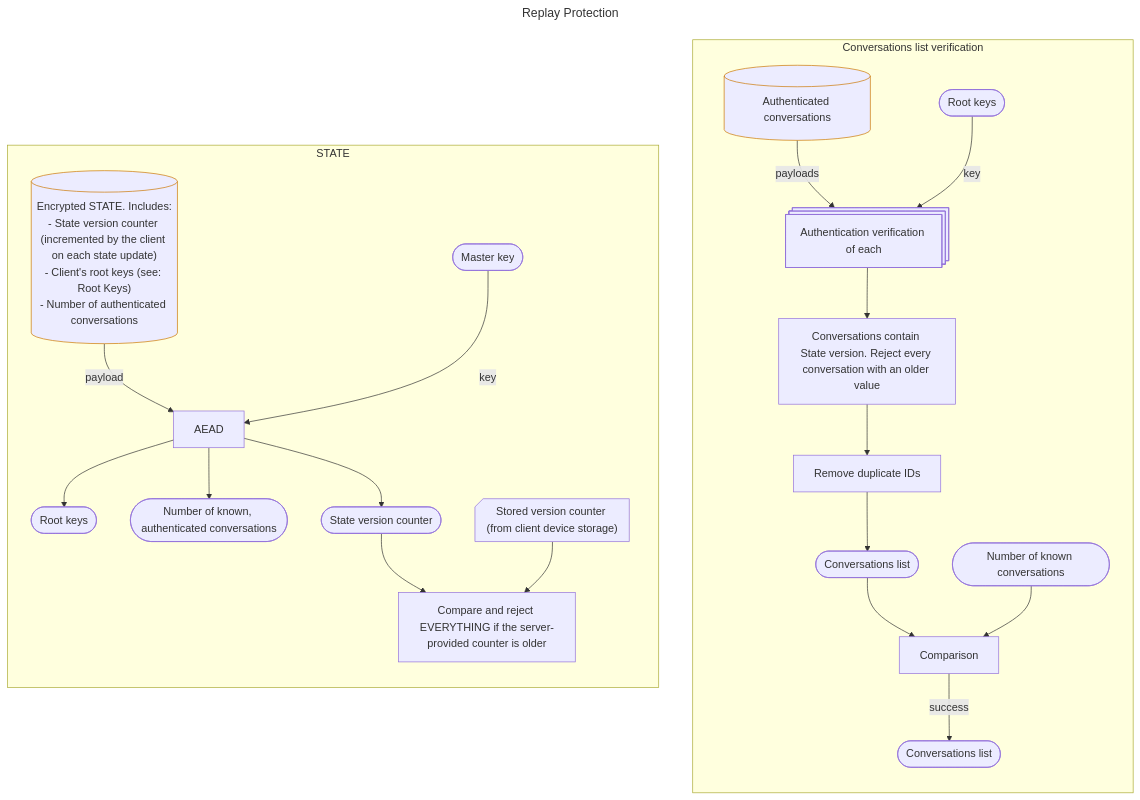
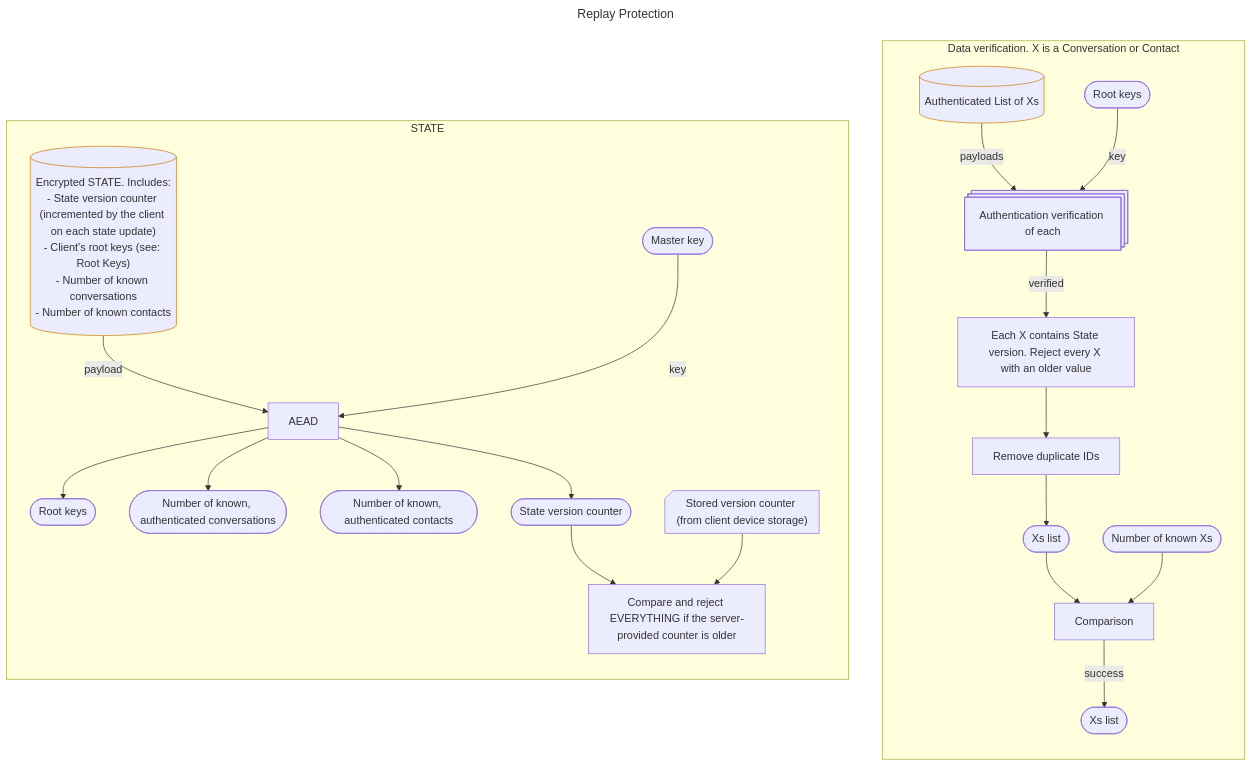
The diagram in crypto-protocol/replay-protection.mmd (noIdeaForTheUsername/chat), drawn with Mermaid before and after one commit. The commit also changed 3 other files, not shown here.

Commit message:
added "Contacts and discovery" crypto diagram

```diff
--- a/crypto-protocol/replay-protection.mmd
+++ b/crypto-protocol/replay-protection.mmd
@@ -1,52 +1,54 @@
 ---
 title: Replay Protection
 ---
 %% This refers to the server's ability to serve the client with an old state. The message replays are avoided by message numbers and not described here.
 flowchart TB
   classDef serverStored stroke:#C70
 
-  subgraph "Conversations list verification"
+  subgraph "Data verification. X is a Conversation or Contact"
     direction TB
     %% Server
-    authedConversations[("Authenticated conversations")]
-    class authedConversations serverStored
-    authedConversations -->|payloads| authedConvsVerif
+    authedData[("Authenticated List of Xs")]
+    class authedData serverStored
+    authedData -->|payloads| authedConvsVerif
 
   
     %% Conversation list verification
     rootKeys2(["Root keys"]) -->|key| authedConvsVerif
     authedConvsVerif@{ shape: "processes", label: "Authentication verification of each" }
-      --> rejectWrongVersion["Conversations contain State version. Reject every conversation with an older value"]
+      -->|verified| rejectWrongVersion["Each X contains State version. Reject every X with an older value"]
     rejectWrongVersion --> removeDuplicateConvs["Remove duplicate IDs"]
-    removeDuplicateConvs --> convs(["Conversations list"])
+    removeDuplicateConvs --> convs(["Xs list"])
     convs --> convsNumberComparison
-    convsNumber2(["Number of known conversations"]) --> convsNumberComparison["Comparison"]
-    convsNumberComparison -->|success| verifiedConvs(["Conversations list"])
+    convsNumber2(["Number of known Xs"]) --> convsNumberComparison["Comparison"]
+    convsNumberComparison -->|success| verifiedConvs(["Xs list"])
   end
 
 
   subgraph STATE
     direction TB
     %% Server
     %% The 'State' is an object encrypted and authenticated (using Master Key) by the client containing the client's keys
     %% and important informaction about their data. It provides partial prevention against the server replaying an entire old state from the past.
     encryptedState[("`Encrypted STATE. Includes:
     - State version counter (incremented by the client on each state update)
     - Client's root keys (see: Root Keys)
-    - Number of authenticated conversations`")]
+    - Number of known conversations
+    - Number of known contacts`")]
     class encryptedState serverStored
     encryptedState -->|payload| stateAead
 
     %% Master key
     masterKey(["Master key"])
 
     %% State
     masterKey -->|key| stateAead["AEAD"]
     stateAead --> rootKeys(["Root keys"])
     stateAead --> convsNumber(["Number of known, authenticated conversations"])
+    stateAead --> contactsNumber(["Number of known, authenticated contacts"])
     stateAead --> versionCounter(["State version counter"])
 
     %% State verification
     versionCounter --> versionComparison["Compare and reject EVERYTHING if the server-provided counter is older"]
     storedVersionCounter@{ shape: "card", label: "Stored version counter (from client device storage)"} --> versionComparison
   end
```
